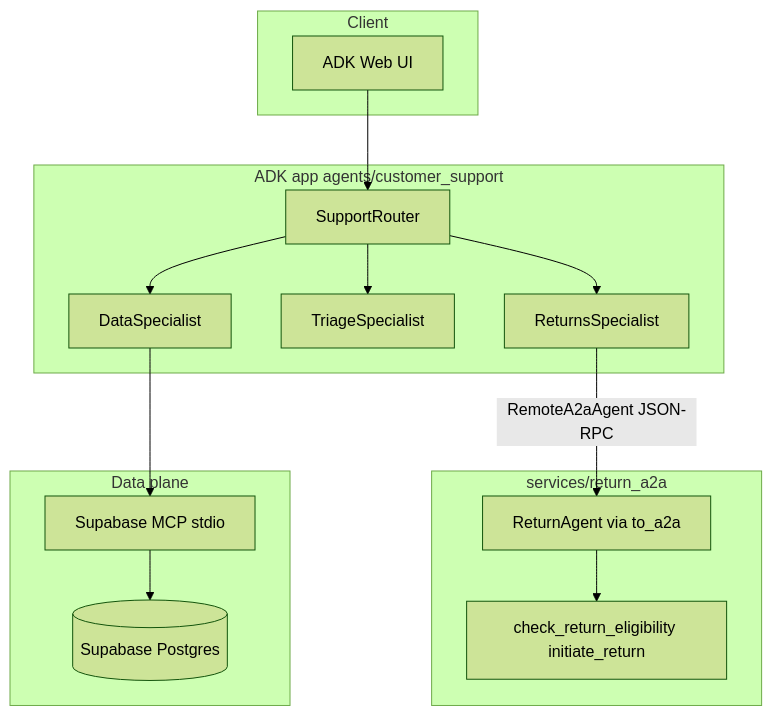
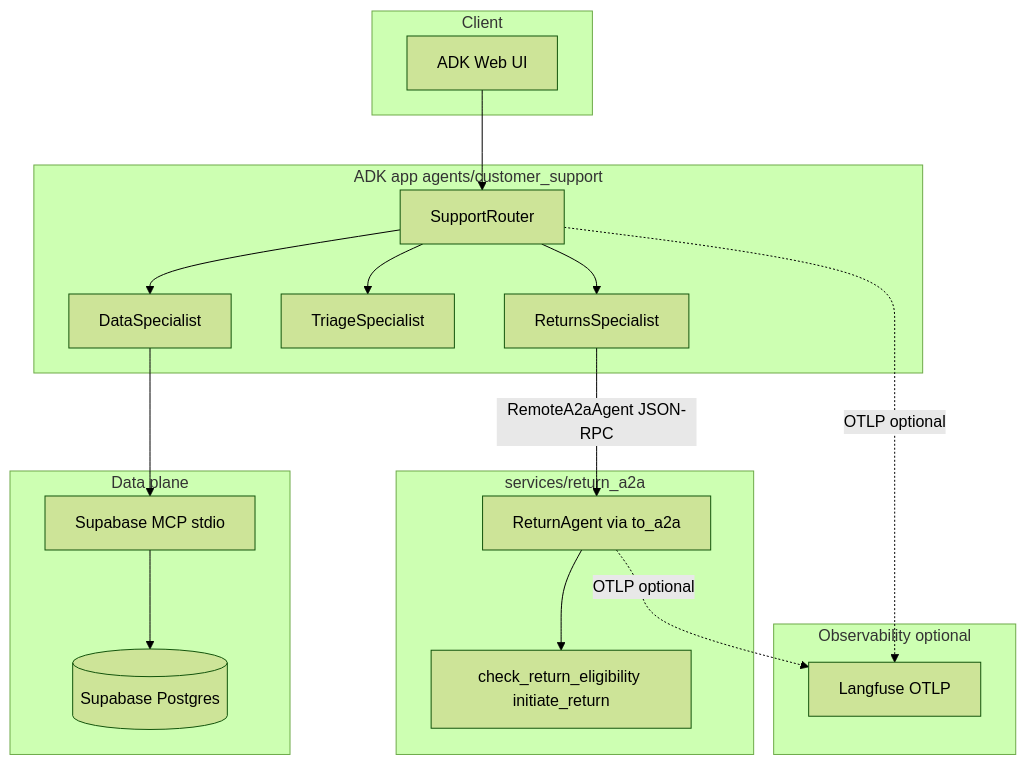
One commit to vaisakhsrinivas/multi-agent-customer-support-system changed the diagram in README.md. Above: the diagram before and after it, drawn with Mermaid (forest theme). The commit also changed other lines of this file and 9 other files, not shown here.

````diff
--- a/README.md
+++ b/README.md
@@ -7,32 +7,38 @@
 ```mermaid
 flowchart TB
   subgraph clientLayer [Client]
     WebUI[ADK Web UI]
   end
 
   subgraph mainApp [ADK app agents/customer_support]
     Router[SupportRouter]
     DataSp[DataSpecialist]
     TriageSp[TriageSpecialist]
     ReturnsSp[ReturnsSpecialist]
   end
 
   subgraph returnSvc [services/return_a2a]
     ReturnAgent[ReturnAgent via to_a2a]
     Tools[check_return_eligibility initiate_return]
   end
 
   subgraph dataPlane [Data plane]
     McpServer[Supabase MCP stdio]
     Db[(Supabase Postgres)]
   end
 
+  subgraph obsLayer [Observability optional]
+    LF[Langfuse OTLP]
+  end
+
   WebUI --> Router
   Router --> DataSp
   Router --> TriageSp
   Router --> ReturnsSp
   DataSp --> McpServer
   McpServer --> Db
   ReturnsSp -->|RemoteA2aAgent JSON-RPC| ReturnAgent
   ReturnAgent --> Tools
+  Router -.->|OTLP optional| LF
+  ReturnAgent -.->|OTLP optional| LF
 ```
````
